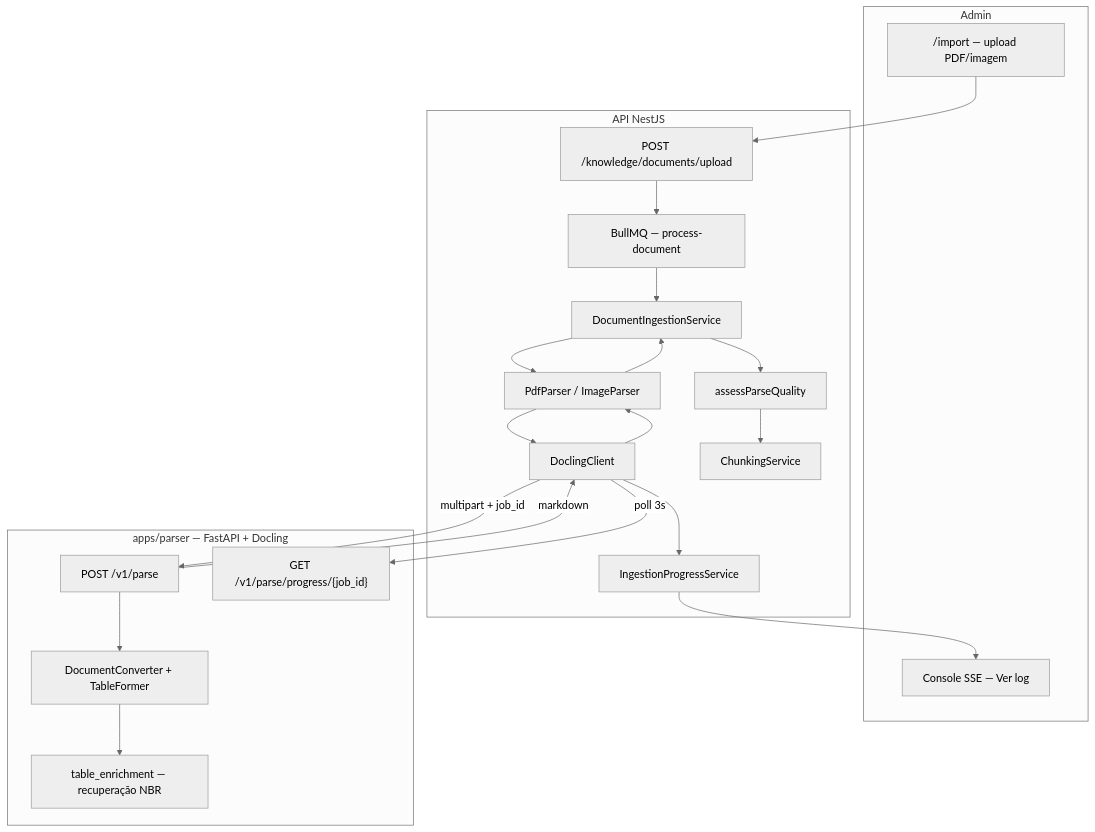
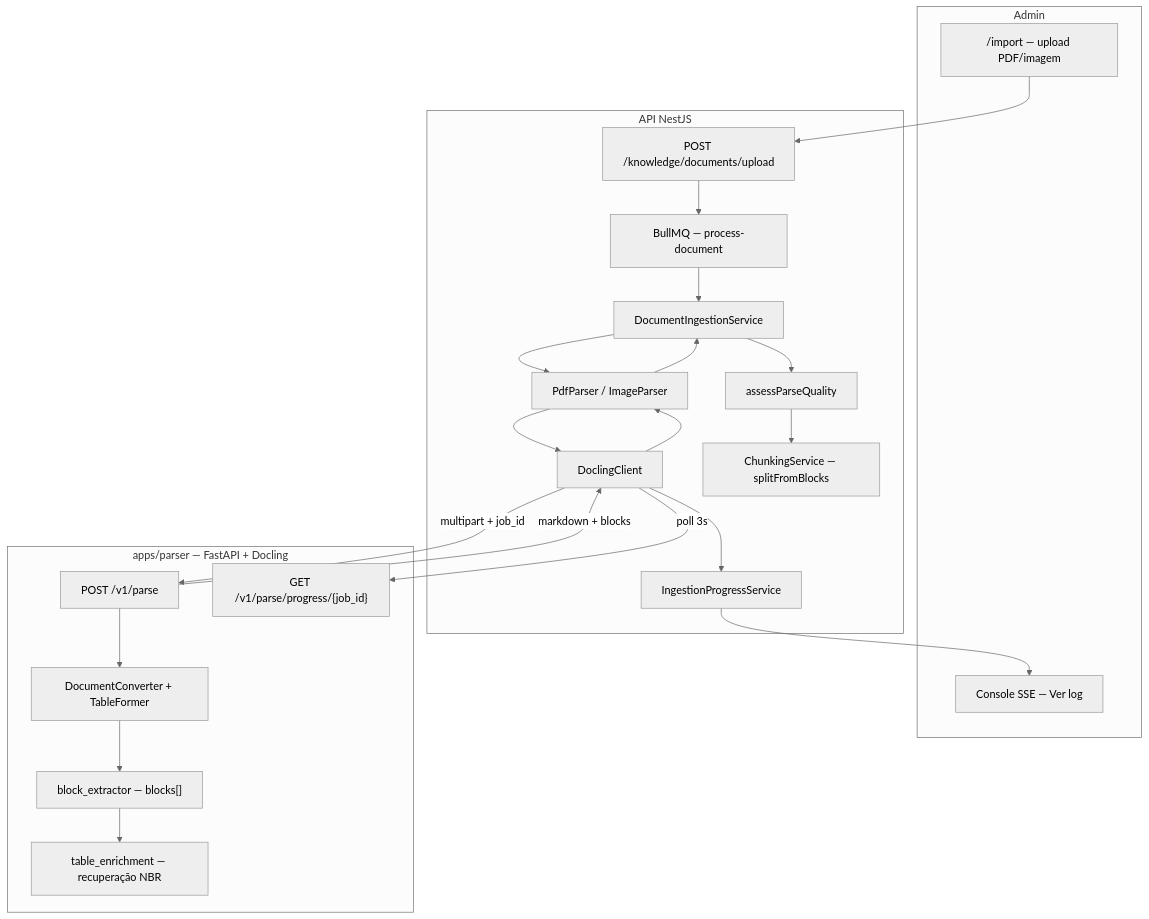
One commit to rflsc/qi-conhecimento changed the first of 2 diagrams in docs/architecture/docling.md. Above: the diagram before and after it, drawn with Mermaid (neutral theme). The commit also changed other lines of this file and 15 other files, not shown here.

````diff
--- a/docs/architecture/docling.md
+++ b/docs/architecture/docling.md
@@ -45,34 +45,35 @@
 ```mermaid
 flowchart TB
   subgraph admin [Admin]
     Import["/import — upload PDF/imagem"]
     Console["Console SSE — Ver log"]
   end
 
   subgraph api [API NestJS]
     Upload["POST /knowledge/documents/upload"]
     Queue["BullMQ — process-document"]
     DIS["DocumentIngestionService"]
     PP["PdfParser / ImageParser"]
     DC["DoclingClient"]
     Progress["IngestionProgressService"]
     Quality["assessParseQuality"]
-    Chunk["ChunkingService"]
+    Chunk["ChunkingService — splitFromBlocks"]
   end
 
   subgraph parser [apps/parser — FastAPI + Docling]
     Parse["POST /v1/parse"]
     Poll["GET /v1/parse/progress/{job_id}"]
     Engine["DocumentConverter + TableFormer"]
+    Blocks["block_extractor — blocks[]"]
     Enrich["table_enrichment — recuperação NBR"]
   end
 
   Import --> Upload --> Queue --> DIS --> PP --> DC
   DC -->|multipart + job_id| Parse
   DC -->|poll 3s| Poll
-  Parse --> Engine --> Enrich
-  Parse -->|markdown| DC --> PP --> DIS
+  Parse --> Engine --> Blocks --> Enrich
+  Parse -->|markdown + blocks| DC --> PP --> DIS
   DIS --> Quality --> Chunk
   Progress --> Console
   DC --> Progress
 ```
````
